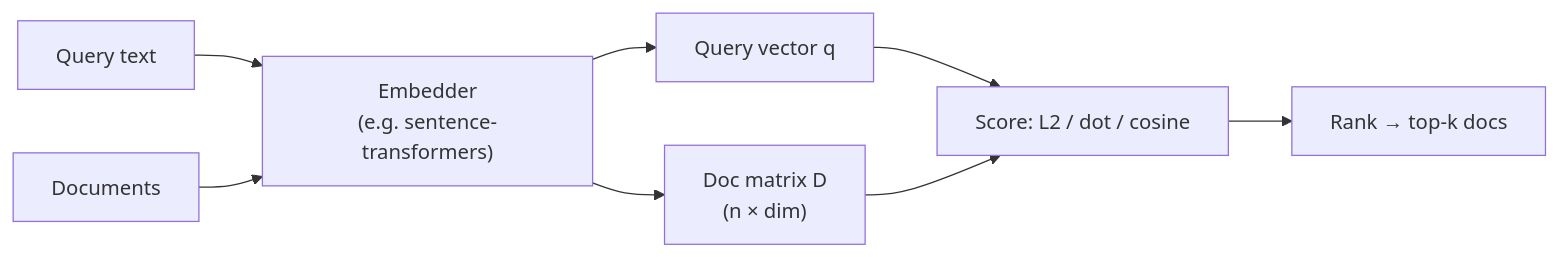
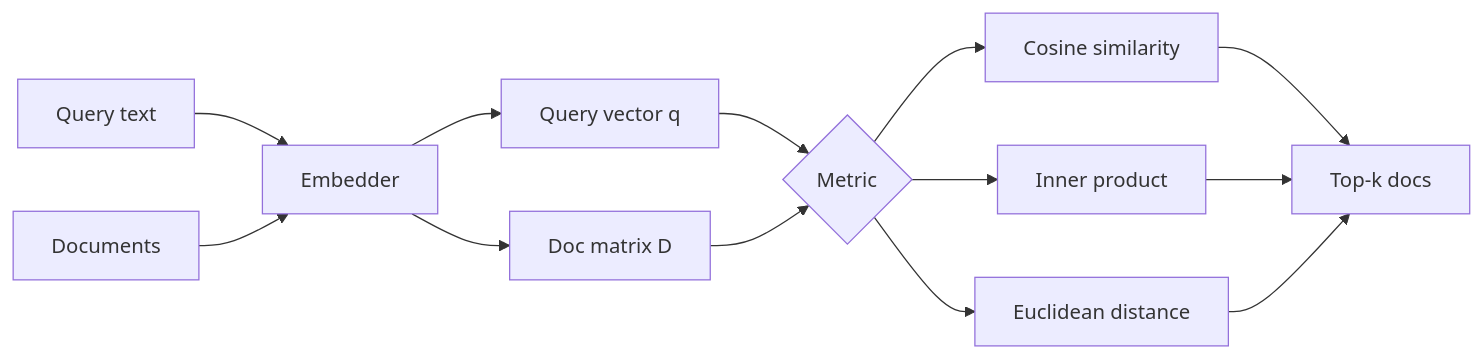
The diagram in README.md (sty0331us/Similarity-Search-Comparison-for-RAG), drawn with Mermaid before and after one commit. The commit also changed other lines of this file, not shown here.

First line of the commit message:
docs: reframe README around Cosine, Inner Product, and Euclidean

````diff
--- a/README.md
+++ b/README.md
@@ -110,10 +27,15 @@
 ```mermaid
 flowchart LR
-    Q["Query text"] --> E["Embedder<br/>(e.g. sentence-transformers)"]
+    Q["Query text"] --> E["Embedder"]
     D["Documents"] --> E
     E --> QV["Query vector q"]
-    E --> DV["Doc matrix D<br/>(n × dim)"]
-    QV --> S["Score: L2 / dot / cosine"]
-    DV --> S
-    S --> R["Rank → top-k docs"]
+    E --> DV["Doc matrix D"]
+    QV --> M{"Metric"}
+    DV --> M
+    M --> C["Cosine similarity"]
+    M --> I["Inner product"]
+    M --> L["Euclidean distance"]
+    C --> R["Top-k docs"]
+    I --> R
+    L --> R
 ```
````
